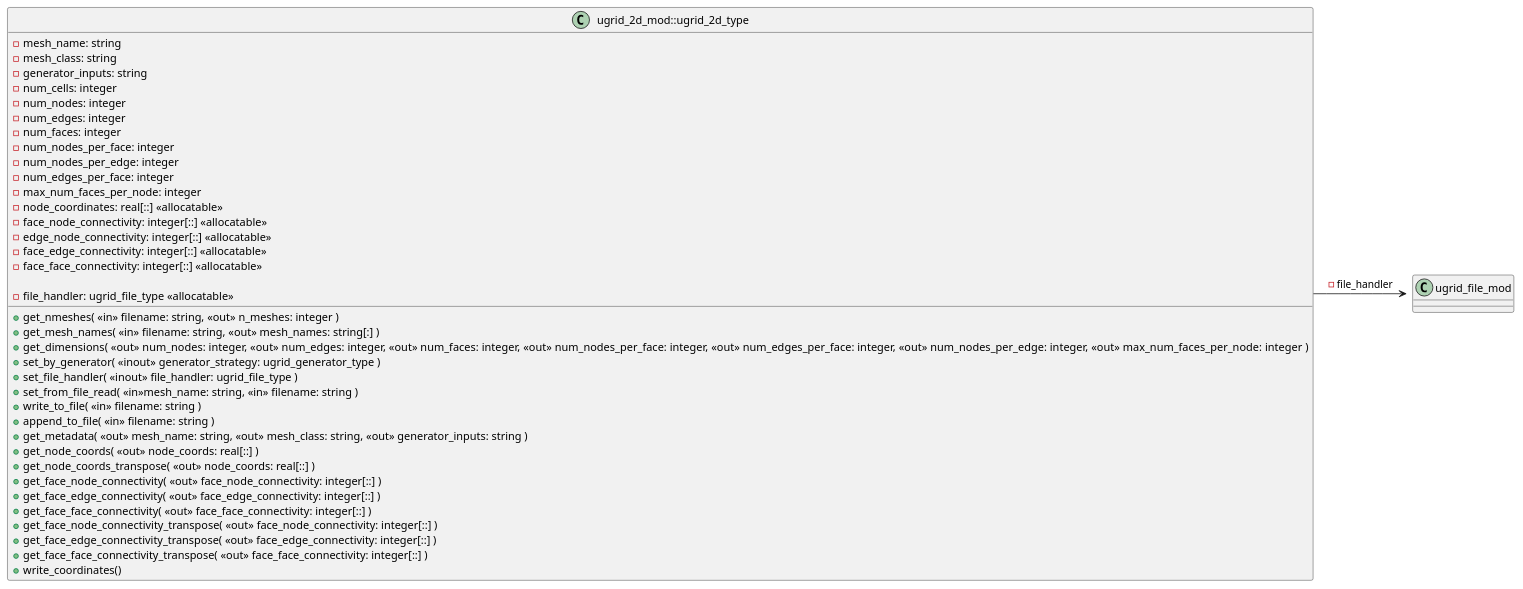
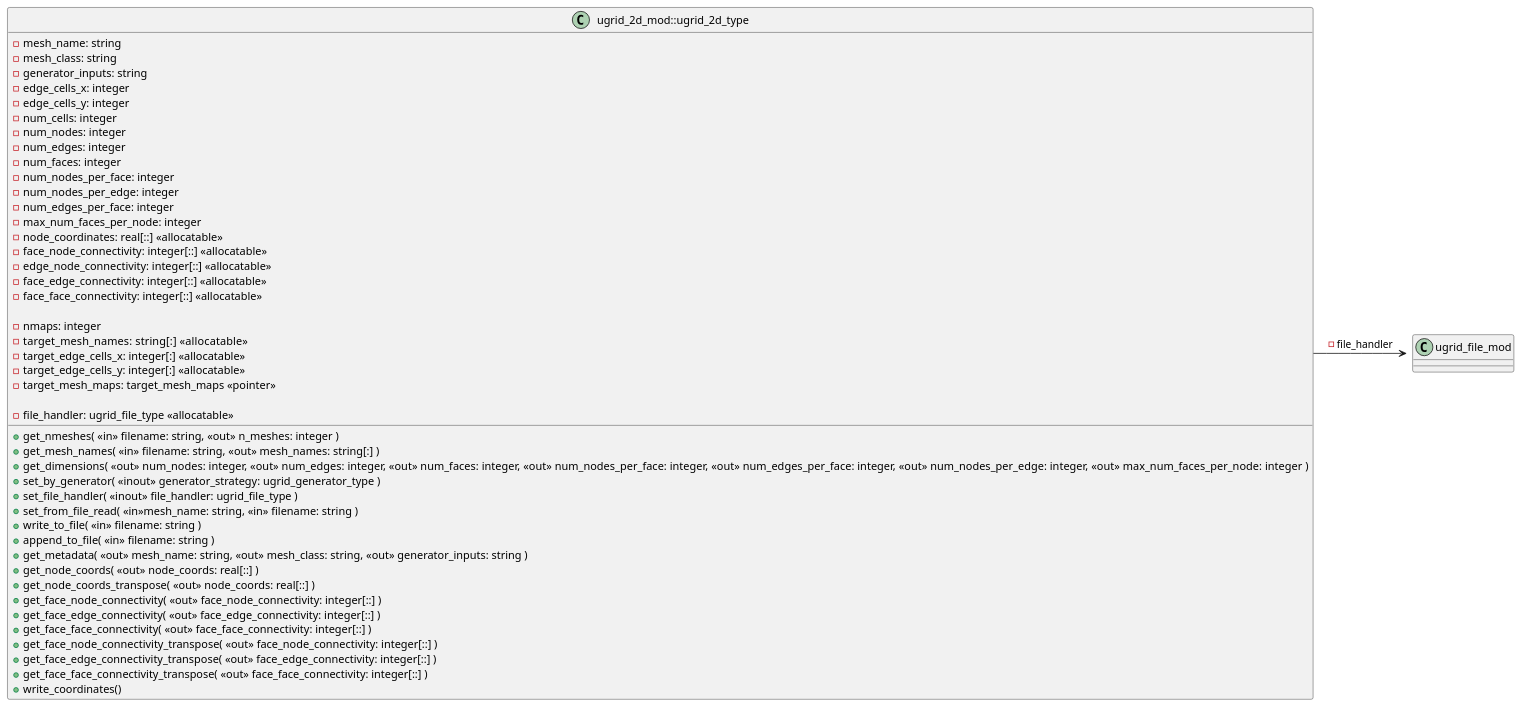
The diagram in infrastructure/documentation/uml/io/ugrid_2d_mod.iuml (james-bruten-mo/lfric_core), drawn with PlantUML before and after one commit. The commit also changed 19 other files, not shown here.

```diff
--- a/infrastructure/documentation/uml/io/ugrid_2d_mod.iuml
+++ b/infrastructure/documentation/uml/io/ugrid_2d_mod.iuml
@@ -1,47 +1,55 @@
 ' Copyright (c) 2017,  Met Office, on behalf of HMSO and Queen's Printer
 ' For further details please refer to the file LICENCE.original which you
 ' should have received as part of this distribution.
 
 class ugrid_2d_mod::ugrid_2d_type {
 
   -mesh_name: string
   -mesh_class: string
   -generator_inputs: string
+  -edge_cells_x: integer
+  -edge_cells_y: integer
   -num_cells: integer
   -num_nodes: integer
   -num_edges: integer
   -num_faces: integer
   -num_nodes_per_face: integer
   -num_nodes_per_edge: integer
   -num_edges_per_face: integer
   -max_num_faces_per_node: integer
   -node_coordinates: real[::] <<allocatable>>
   -face_node_connectivity: integer[::] <<allocatable>>
   -edge_node_connectivity: integer[::] <<allocatable>>
   -face_edge_connectivity: integer[::] <<allocatable>>
   -face_face_connectivity: integer[::] <<allocatable>>
+
+  -nmaps: integer
+  -target_mesh_names:   string[:] <<allocatable>>
+  -target_edge_cells_x: integer[:] <<allocatable>>
+  -target_edge_cells_y: integer[:] <<allocatable>>
+  -target_mesh_maps: target_mesh_maps <<pointer>>
 
   -file_handler: ugrid_file_type <<allocatable>>
 
   +get_nmeshes( <<in>> filename: string, <<out>> n_meshes: integer )
   +get_mesh_names( <<in>> filename: string, <<out>> mesh_names: string[:] )
   +get_dimensions( <<out>> num_nodes: integer, <<out>> num_edges: integer, <<out>> num_faces: integer, <<out>> num_nodes_per_face: integer, <<out>> num_edges_per_face: integer, <<out>> num_nodes_per_edge: integer, <<out>> max_num_faces_per_node: integer )
   +set_by_generator( <<inout>> generator_strategy: ugrid_generator_type )
   +set_file_handler( <<inout>> file_handler: ugrid_file_type )
   +set_from_file_read( <<in>>mesh_name: string, <<in>> filename: string )
   +write_to_file( <<in>> filename: string )
   +append_to_file( <<in>> filename: string )
   +get_metadata( <<out>> mesh_name: string, <<out>> mesh_class: string, <<out>> generator_inputs: string )
   +get_node_coords( <<out>> node_coords: real[::] )
   +get_node_coords_transpose( <<out>> node_coords: real[::] )
   +get_face_node_connectivity( <<out>> face_node_connectivity: integer[::] )
   +get_face_edge_connectivity( <<out>> face_edge_connectivity: integer[::] )
   +get_face_face_connectivity( <<out>> face_face_connectivity: integer[::] )
   +get_face_node_connectivity_transpose( <<out>> face_node_connectivity: integer[::] )
   +get_face_edge_connectivity_transpose( <<out>> face_edge_connectivity: integer[::] )
   +get_face_face_connectivity_transpose( <<out>> face_face_connectivity: integer[::] )
   +write_coordinates()
 
 }
 
 ugrid_2d_mod::ugrid_2d_type -> ugrid_file_mod::ugrid_file_type : -file_handler
```
